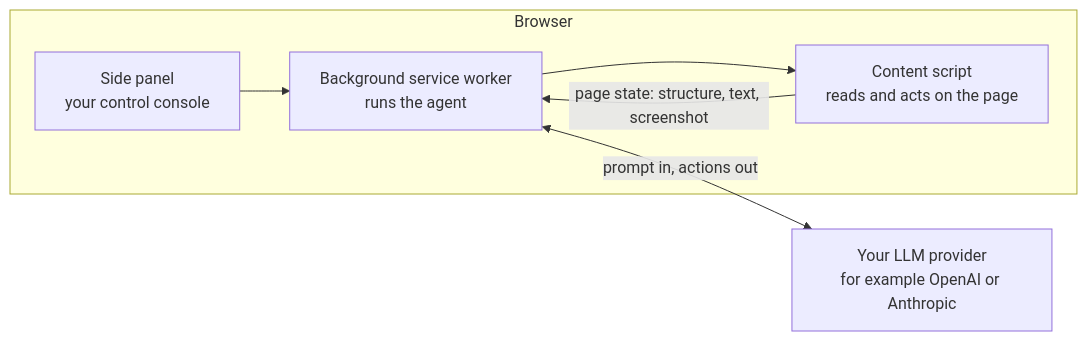
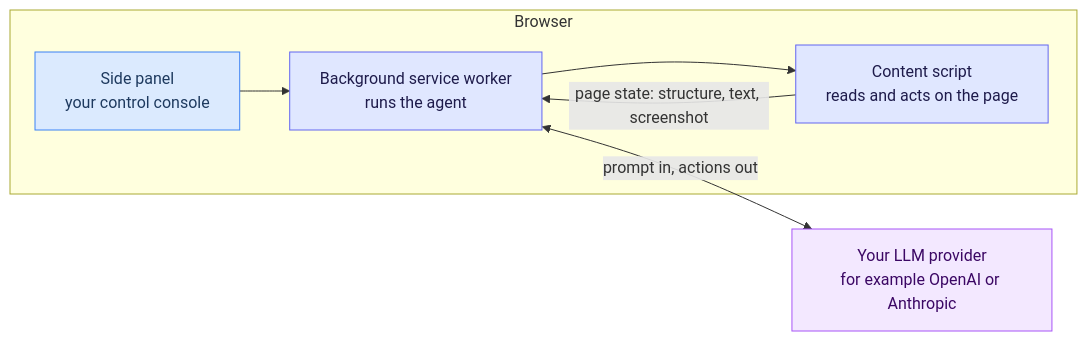
The first of 2 diagrams in README.md (Gitshop77/Smooth-Operator), drawn with Mermaid before and after one commit. The commit also changed other lines of this file and 1 other file, not shown here.

First line of the commit message:
docs: fix stale counts, add colored diagrams, improve dev guidance

````diff
--- a/README.md
+++ b/README.md
@@ -104,13 +104,17 @@
 ```mermaid
 flowchart LR
     subgraph Browser
-        SP[Side panel<br/>your control console]
-        SW[Background service worker<br/>runs the agent]
-        CS[Content script<br/>reads and acts on the page]
+        SP[Side panel<br/>your control console]:::ui
+        SW[Background service worker<br/>runs the agent]:::core
+        CS[Content script<br/>reads and acts on the page]:::core
     end
-    LLM[Your LLM provider<br/>for example OpenAI or Anthropic]
+    LLM[Your LLM provider<br/>for example OpenAI or Anthropic]:::external
     SP --> SW
     SW --> CS
     CS -->|page state: structure, text, screenshot| SW
     SW <-->|prompt in, actions out| LLM
+
+    classDef ui fill:#dbeafe,stroke:#3b82f6,color:#1e3a5f
+    classDef core fill:#e0e7ff,stroke:#6366f1,color:#1e1b4b
+    classDef external fill:#f3e8ff,stroke:#a855f7,color:#3b0764
 ```
````
